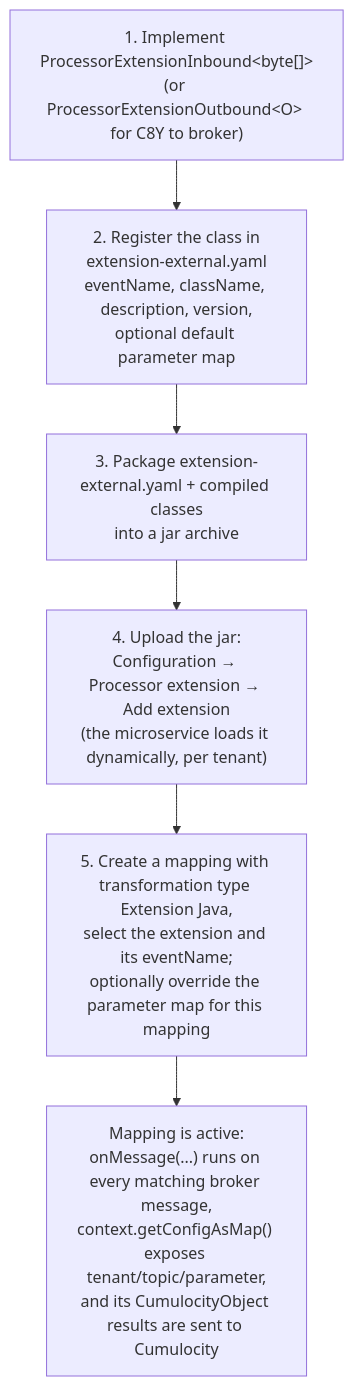
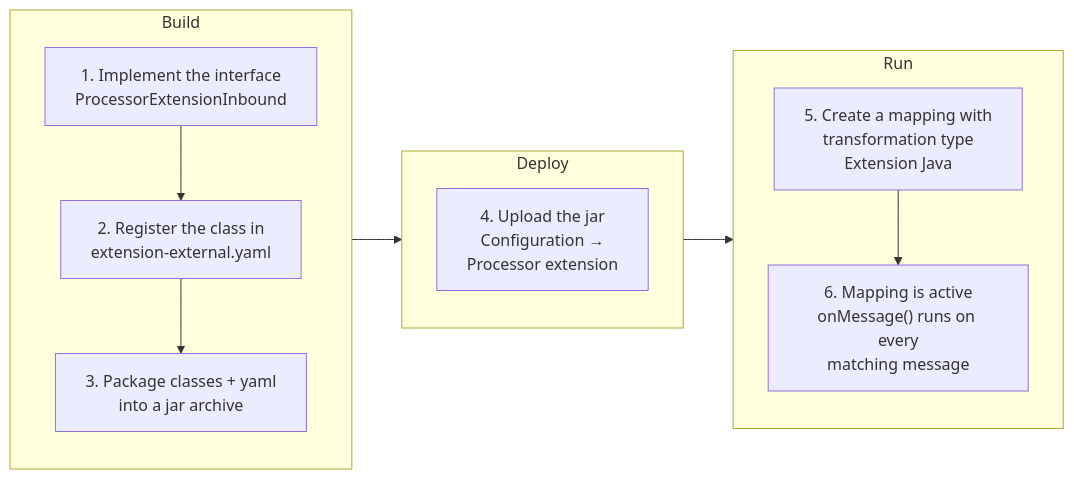
One commit to Cumulocity-IoT/cumulocity-dynamic-mapper changed the diagram in dynamic-mapper-ui/public/docs/javaextension.md. Above: the diagram before and after it, drawn with Mermaid. The commit also changed other lines of this file and 19 other files, not shown here.

````diff
--- a/dynamic-mapper-ui/public/docs/javaextension.md
+++ b/dynamic-mapper-ui/public/docs/javaextension.md
@@ -25,11 +25,24 @@
 ```mermaid
-flowchart TD
-    s1["1. Implement ProcessorExtensionInbound&lt;byte[]&gt;<br/>(or ProcessorExtensionOutbound&lt;O&gt; for C8Y to broker)"]
-    s2["2. Register the class in<br/>extension-external.yaml<br/>eventName, className, description, version,<br/>optional default parameter map"]
-    s3["3. Package extension-external.yaml + compiled classes<br/>into a jar archive"]
-    s4["4. Upload the jar:<br/>Configuration &rarr; Processor extension &rarr; Add extension<br/>(the microservice loads it dynamically, per tenant)"]
-    s5["5. Create a mapping with transformation type Extension Java,<br/>select the extension and its eventName;<br/>optionally override the parameter map for this mapping"]
-    s6["Mapping is active:<br/>onMessage(...) runs on every matching broker message,<br/>context.getConfigAsMap() exposes tenant/topic/parameter,<br/>and its CumulocityObject results are sent to Cumulocity"]
+flowchart LR
+    subgraph build["Build"]
+        direction TB
+        s1["1. Implement the interface<br/>ProcessorExtensionInbound"]
+        s2["2. Register the class in<br/>extension-external.yaml"]
+        s3["3. Package classes + yaml<br/>into a jar archive"]
+        s1 --> s2 --> s3
+    end
 
-    s1 --> s2 --> s3 --> s4 --> s5 --> s6
+    subgraph deploy["Deploy"]
+        direction TB
+        s4["4. Upload the jar<br/>Configuration &rarr;<br/>Processor extension"]
+    end
+
+    subgraph run["Run"]
+        direction TB
+        s5["5. Create a mapping with<br/>transformation type<br/>Extension Java"]
+        s6["6. Mapping is active<br/>onMessage() runs on every<br/>matching message"]
+        s5 --> s6
+    end
+
+    s3 --> s4 --> s5
 ```
````
